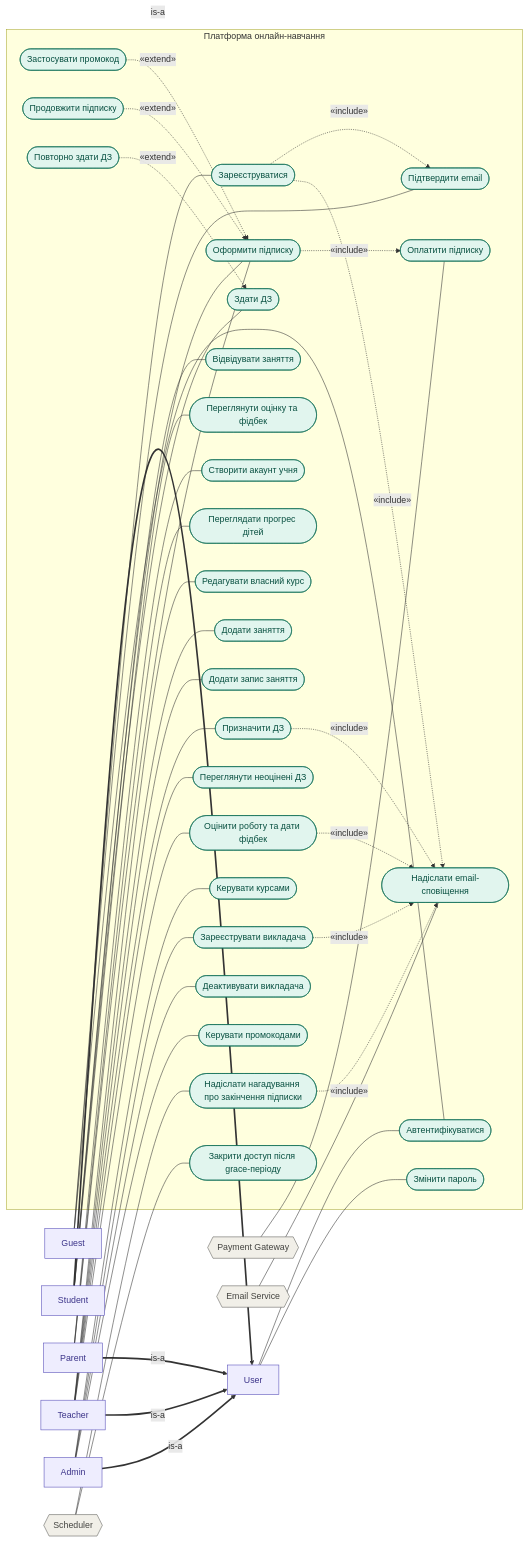
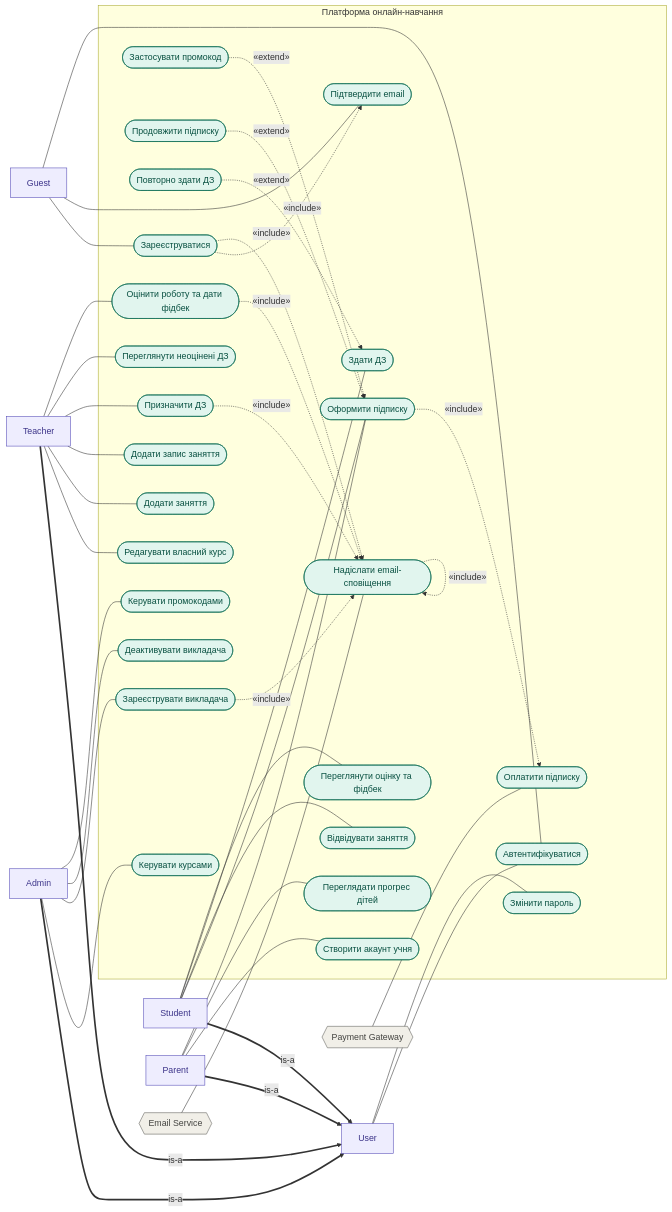
One commit to grmaryna/MathHub changed the diagram in Use Cases/use-case-diagram.mmd. Above: the diagram before and after it, drawn with Mermaid. The commit also changed 1 other file, not shown here.

```diff
--- a/Use Cases/use-case-diagram.mmd
+++ b/Use Cases/use-case-diagram.mmd
@@ -1,92 +1,87 @@
 flowchart LR
   U["User"]:::human
   G["Guest"]:::human
   S["Student"]:::human
   P["Parent"]:::human
   T["Teacher"]:::human
   A["Admin"]:::human
   PG{{"Payment Gateway"}}:::system
   ES{{"Email Service"}}:::system
-  SCH{{"Scheduler"}}:::system
 
   S -->|"is-a"| U
   P -->|"is-a"| U
   T -->|"is-a"| U
   A -->|"is-a"| U
 
   subgraph SYS["Платформа онлайн-навчання"]
     UC1(["Зареєструватися"]):::uc
     UC2(["Підтвердити email"]):::uc
     UC3(["Автентифікуватися"]):::uc
     UC4(["Змінити пароль"]):::uc
     UC5(["Створити акаунт учня"]):::uc
     UC6(["Переглядати прогрес дітей"]):::uc
     UC7(["Оформити підписку"]):::uc
     UC8(["Оплатити підписку"]):::uc
     UC9(["Застосувати промокод"]):::uc
     UC10(["Продовжити підписку"]):::uc
     UC11(["Відвідувати заняття"]):::uc
     UC12(["Здати ДЗ"]):::uc
     UC13(["Повторно здати ДЗ"]):::uc
     UC14(["Переглянути оцінку та фідбек"]):::uc
     UC15(["Редагувати власний курс"]):::uc
     UC16(["Додати заняття"]):::uc
     UC17(["Додати запис заняття"]):::uc
     UC18(["Призначити ДЗ"]):::uc
     UC19(["Переглянути неоцінені ДЗ"]):::uc
     UC20(["Оцінити роботу та дати фідбек"]):::uc
     UC21(["Керувати курсами"]):::uc
     UC22(["Зареєструвати викладача"]):::uc
     UC23(["Деактивувати викладача"]):::uc
     UC24(["Керувати промокодами"]):::uc
-    UC25(["Надіслати нагадування про закінчення підписки"]):::uc
-    UC26(["Закрити доступ після grace-періоду"]):::uc
-    UC27(["Надіслати email-сповіщення"]):::uc
+    UC25(["Надіслати email-сповіщення"]):::uc
   end
 
   %% Асоціації
   G --- UC1
   G --- UC2
   G --- UC3
   U --- UC3
   U --- UC4
   P --- UC5
   P --- UC6
   P --- UC7
   S --- UC7
   S --- UC11
   S --- UC12
   S --- UC14
   T --- UC15
   T --- UC16
   T --- UC17
   T --- UC18
   T --- UC19
   T --- UC20
   A --- UC21
   A --- UC22
   A --- UC23
   A --- UC24
   PG --- UC8
-  ES --- UC27
-  SCH --- UC25
-  SCH --- UC26
+  ES --- UC25
 
   %% include: базовий UC -> включений
   UC1 -.->|"«include»"| UC2
-  UC1 -.->|"«include»"| UC27
+  UC1 -.->|"«include»"| UC25
   UC7 -.->|"«include»"| UC8
-  UC18 -.->|"«include»"| UC27
-  UC20 -.->|"«include»"| UC27
-  UC22 -.->|"«include»"| UC27
-  UC25 -.->|"«include»"| UC27
+  UC18 -.->|"«include»"| UC25
+  UC20 -.->|"«include»"| UC25
+  UC22 -.->|"«include»"| UC25
+  UC25 -.->|"«include»"| UC25
 
   %% extend: розширення -> базовий UC
   UC9 -.->|"«extend»"| UC7
   UC10 -.->|"«extend»"| UC7
   UC13 -.->|"«extend»"| UC12
 
   linkStyle 0,1,2,3 stroke-width:3px
   classDef human fill:#EEEDFE,stroke:#534AB7,color:#3C3489
   classDef system fill:#F1EFE8,stroke:#5F5E5A,color:#444441
   classDef uc fill:#E1F5EE,stroke:#0F6E56,color:#085041
```
